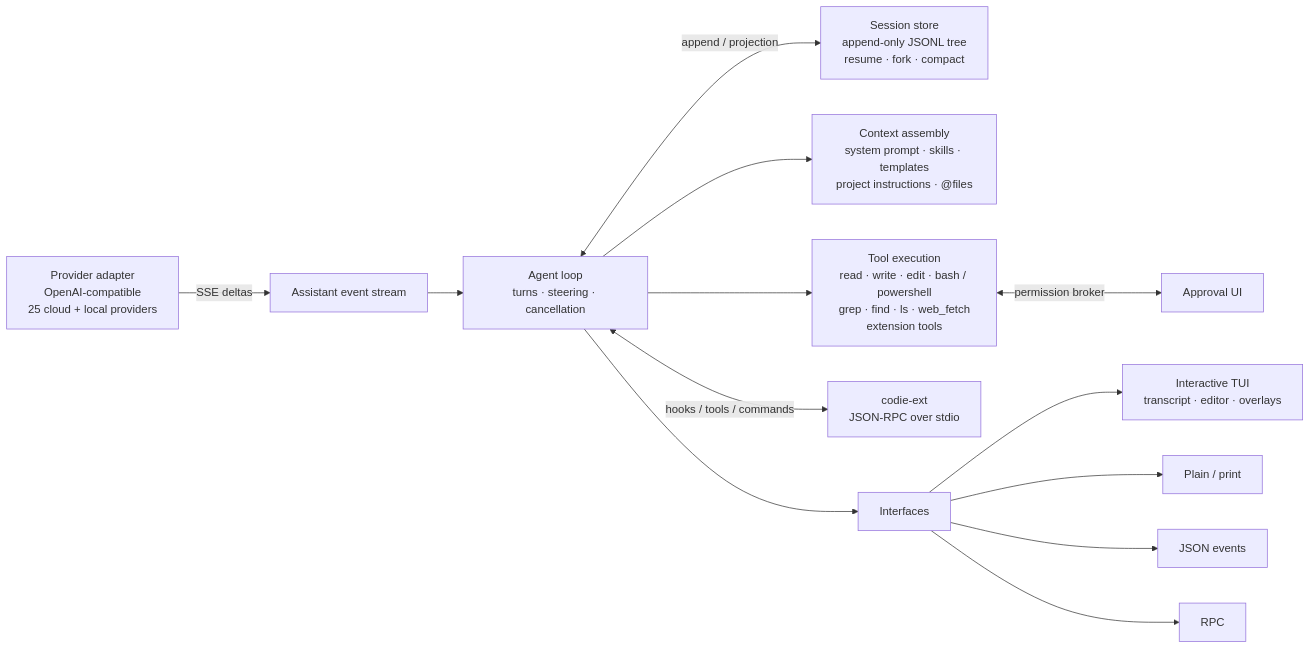
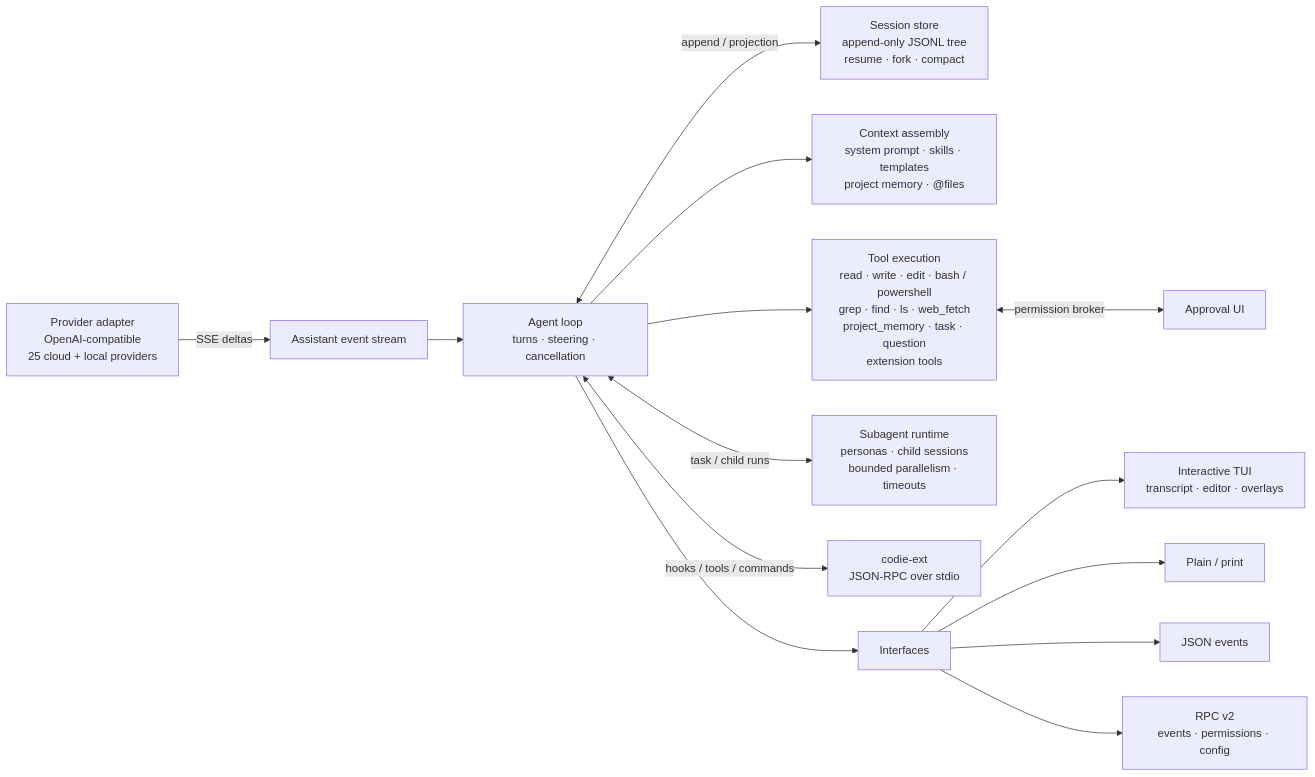
Before and after one commit to amardeepio/codie: the first of 2 diagrams in README.md, drawn with Mermaid. The commit also changed other lines of this file and 13 other files, not shown here.

````diff
--- a/README.md
+++ b/README.md
@@ -58,15 +59,16 @@
 ```mermaid
 flowchart LR
     P["Provider adapter<br/>OpenAI-compatible<br/>25 cloud + local providers"] -->|"SSE deltas"| S["Assistant event stream"]
     S --> L["Agent loop<br/>turns · steering · cancellation"]
     L <-->|"append / projection"| DB["Session store<br/>append-only JSONL tree<br/>resume · fork · compact"]
-    L --> PM["Context assembly<br/>system prompt · skills · templates<br/>project instructions · @files"]
-    L --> T["Tool execution<br/>read · write · edit · bash / powershell<br/>grep · find · ls · web_fetch<br/>extension tools"]
+    L --> PM["Context assembly<br/>system prompt · skills · templates<br/>project memory · @files"]
+    L --> T["Tool execution<br/>read · write · edit · bash / powershell<br/>grep · find · ls · web_fetch<br/>project_memory · task · question<br/>extension tools"]
+    L <-->|"task / child runs"| SA["Subagent runtime<br/>personas · child sessions<br/>bounded parallelism · timeouts"]
     T <-->|"permission broker"| A["Approval UI"]
     L <-->|"hooks / tools / commands"| X["codie-ext<br/>JSON-RPC over stdio"]
     L --> M["Interfaces"]
     M --> I["Interactive TUI<br/>transcript · editor · overlays"]
     M --> PL["Plain / print"]
     M --> J["JSON events"]
-    M --> R["RPC"]
+    M --> R["RPC v2<br/>events · permissions · config"]
 ```
````
